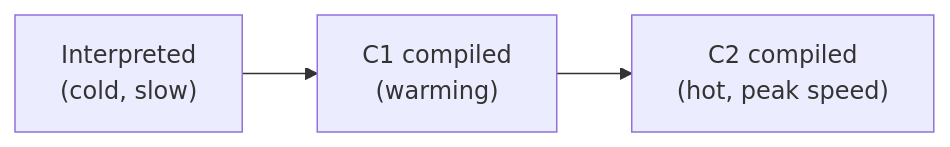
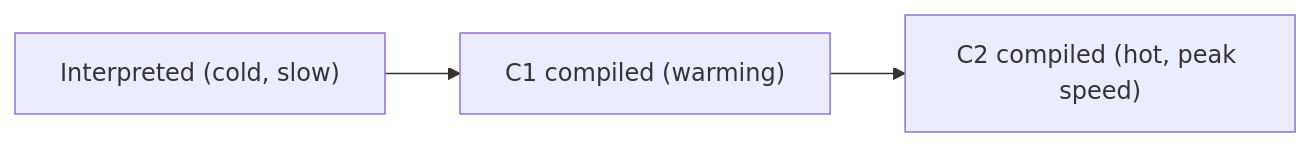
One commit to mohammad-mriesh-job/cortex changed the second of 2 diagrams in src/modules/java/content/10-jvm/05-jit.md. Above: the diagram before and after it, drawn with Mermaid. The commit also changed other lines of this file and 257 other files, not shown here.

````diff
--- a/src/modules/java/content/10-jvm/05-jit.md
+++ b/src/modules/java/content/10-jvm/05-jit.md
@@ -72,4 +73,4 @@
 ```mermaid
 flowchart LR
-    A["Interpreted<br/>(cold, slow)"] --> B["C1 compiled<br/>(warming)"] --> C["C2 compiled<br/>(hot, peak speed)"]
+    A["Interpreted (cold, slow)"] --> B["C1 compiled (warming)"] --> C["C2 compiled (hot, peak speed)"]
 ```
````
